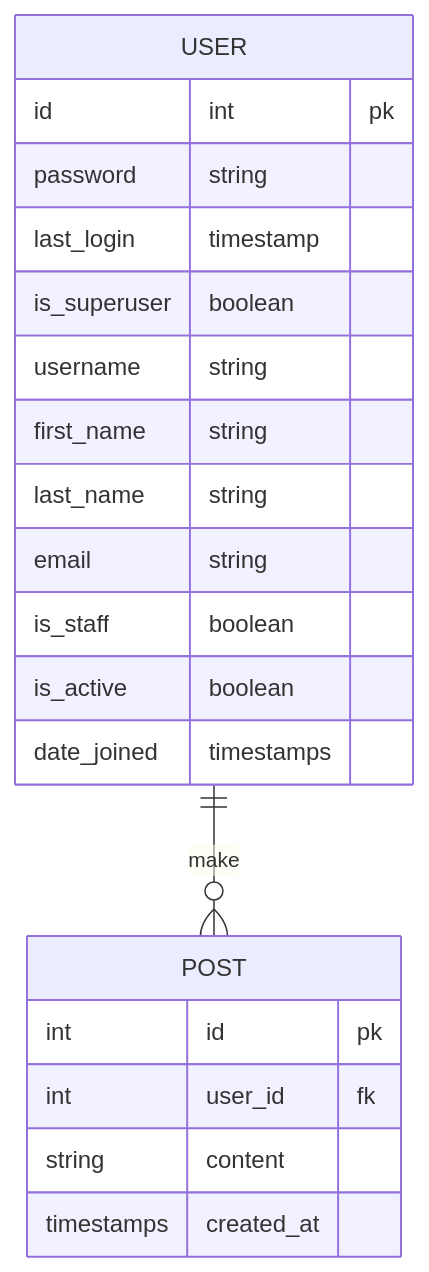
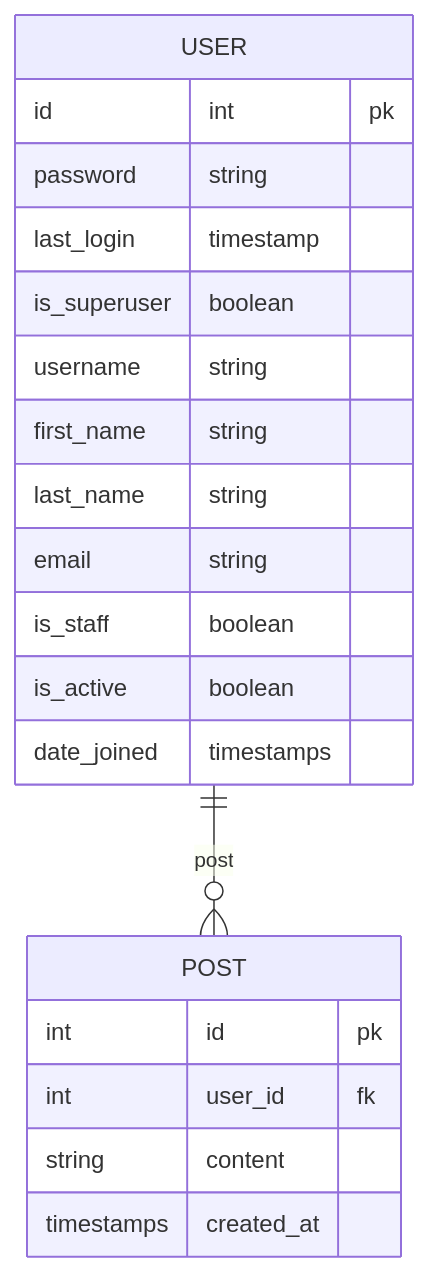
Before and after one commit to jhonatacaiob/mini_twitter: the diagram in README.md, drawn with Mermaid.

Commit message:
Atualiza README do projeto

````diff
--- a/README.md
+++ b/README.md
@@ -9,24 +9,24 @@
 ```mermaid
 erDiagram
-    USER ||--o{ POST : make
+    USER ||--o{ POST : post
     USER {
         id int pk
         password string
         last_login timestamp
         is_superuser boolean
         username string
         first_name string
         last_name string
         email string
         is_staff boolean
         is_active boolean
         date_joined timestamps
     }
 
     POST {
         int id pk
         int user_id fk
         string content
         timestamps created_at
     }
 ```
````
